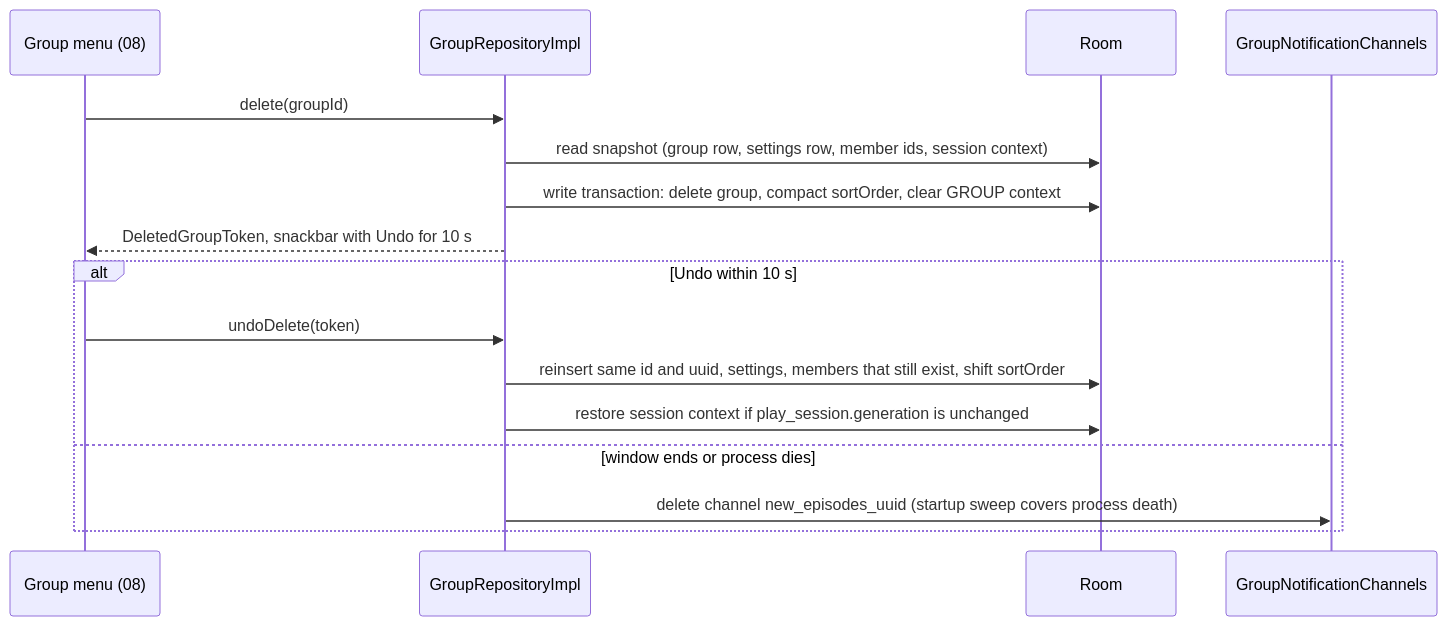
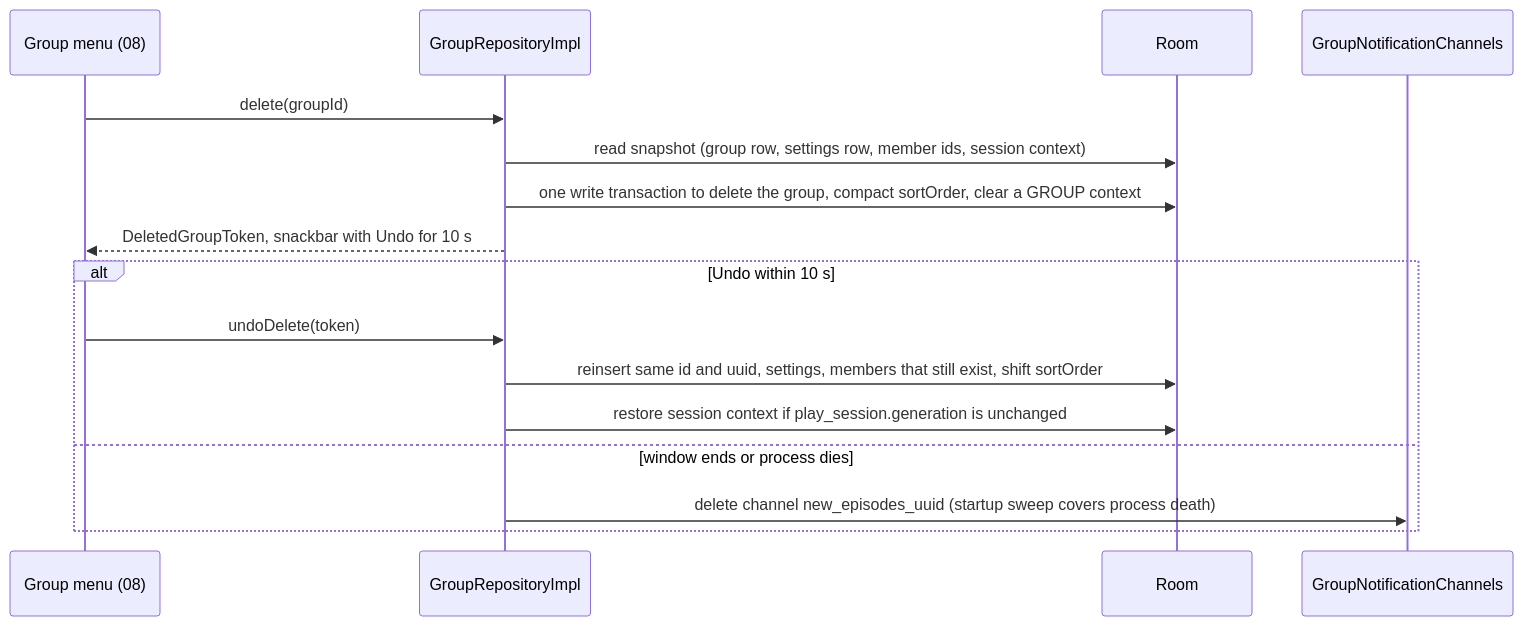
The second of 8 diagrams in docs/design/05-groups-opml-backup.md (BigBoyDevBox/Neutrodyne), drawn with Mermaid before and after one commit. The commit also changed other lines of this file and 3 other files, not shown here.

````diff
--- a/docs/design/05-groups-opml-backup.md
+++ b/docs/design/05-groups-opml-backup.md
@@ -225,18 +225,18 @@
 ```mermaid
 sequenceDiagram
   participant UI as Group menu (08)
   participant GR as GroupRepositoryImpl
   participant DB as Room
   participant CH as GroupNotificationChannels
   UI->>GR: delete(groupId)
   GR->>DB: read snapshot (group row, settings row, member ids, session context)
-  GR->>DB: write transaction: delete group, compact sortOrder, clear GROUP context
+  GR->>DB: one write transaction to delete the group, compact sortOrder, clear a GROUP context
   GR-->>UI: DeletedGroupToken, snackbar with Undo for 10 s
   alt Undo within 10 s
     UI->>GR: undoDelete(token)
     GR->>DB: reinsert same id and uuid, settings, members that still exist, shift sortOrder
     GR->>DB: restore session context if play_session.generation is unchanged
   else window ends or process dies
     GR->>CH: delete channel new_episodes_uuid (startup sweep covers process death)
   end
 ```
````
